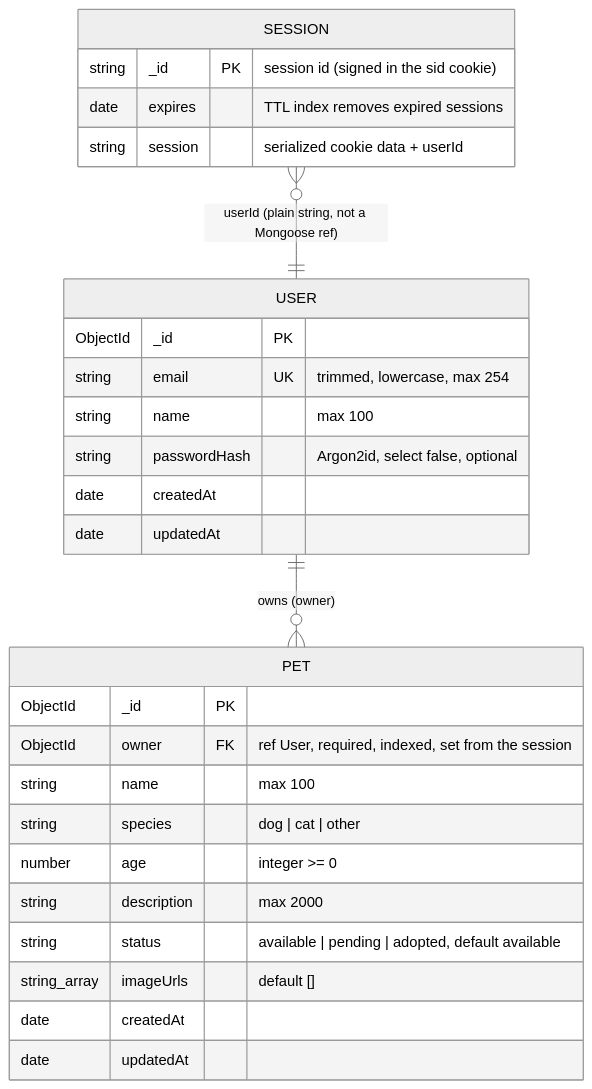
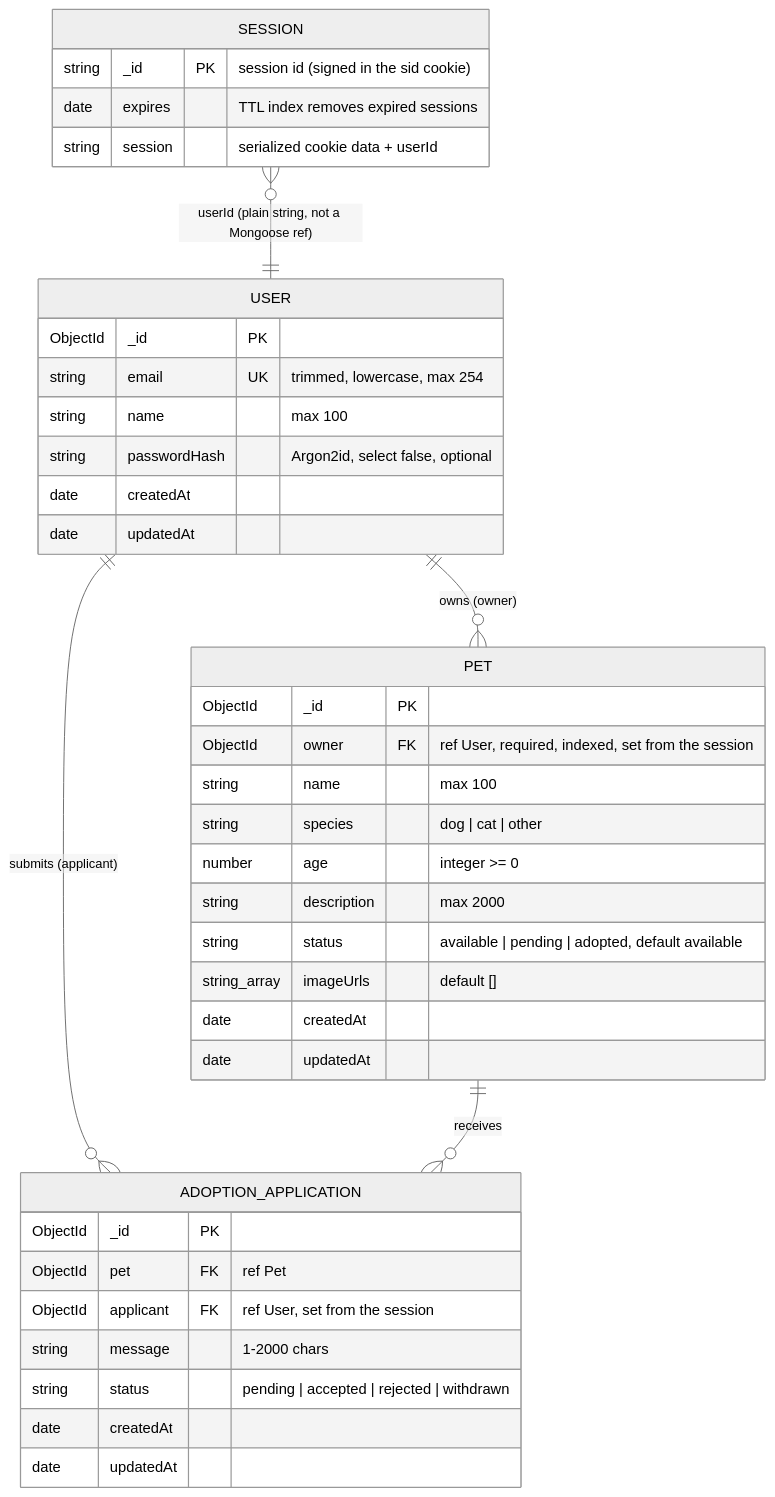
The sixth of 9 diagrams in docs/architecture.md (BojanSovtic/pet-adoption-system), drawn with Mermaid (neutral theme) before and after one commit. The commit also changed other lines of this file and 47 other files, not shown here.

````diff
--- a/docs/architecture.md
+++ b/docs/architecture.md
@@ -193,30 +196,41 @@
 ```mermaid
 erDiagram
   USER {
     ObjectId _id PK
     string email UK "trimmed, lowercase, max 254"
     string name "max 100"
     string passwordHash "Argon2id, select false, optional"
     date createdAt
     date updatedAt
   }
   PET {
     ObjectId _id PK
     ObjectId owner FK "ref User, required, indexed, set from the session"
     string name "max 100"
     string species "dog | cat | other"
     number age "integer >= 0"
     string description "max 2000"
     string status "available | pending | adopted, default available"
     string_array imageUrls "default []"
     date createdAt
     date updatedAt
   }
   SESSION {
     string _id PK "session id (signed in the sid cookie)"
     date expires "TTL index removes expired sessions"
     string session "serialized cookie data + userId"
   }
+  ADOPTION_APPLICATION {
+    ObjectId _id PK
+    ObjectId pet FK "ref Pet"
+    ObjectId applicant FK "ref User, set from the session"
+    string message "1-2000 chars"
+    string status "pending | accepted | rejected | withdrawn"
+    date createdAt
+    date updatedAt
+  }
   USER ||--o{ PET : "owns (owner)"
+  USER ||--o{ ADOPTION_APPLICATION : "submits (applicant)"
+  PET ||--o{ ADOPTION_APPLICATION : "receives"
   SESSION }o--|| USER : "userId (plain string, not a Mongoose ref)"
 ```
````
